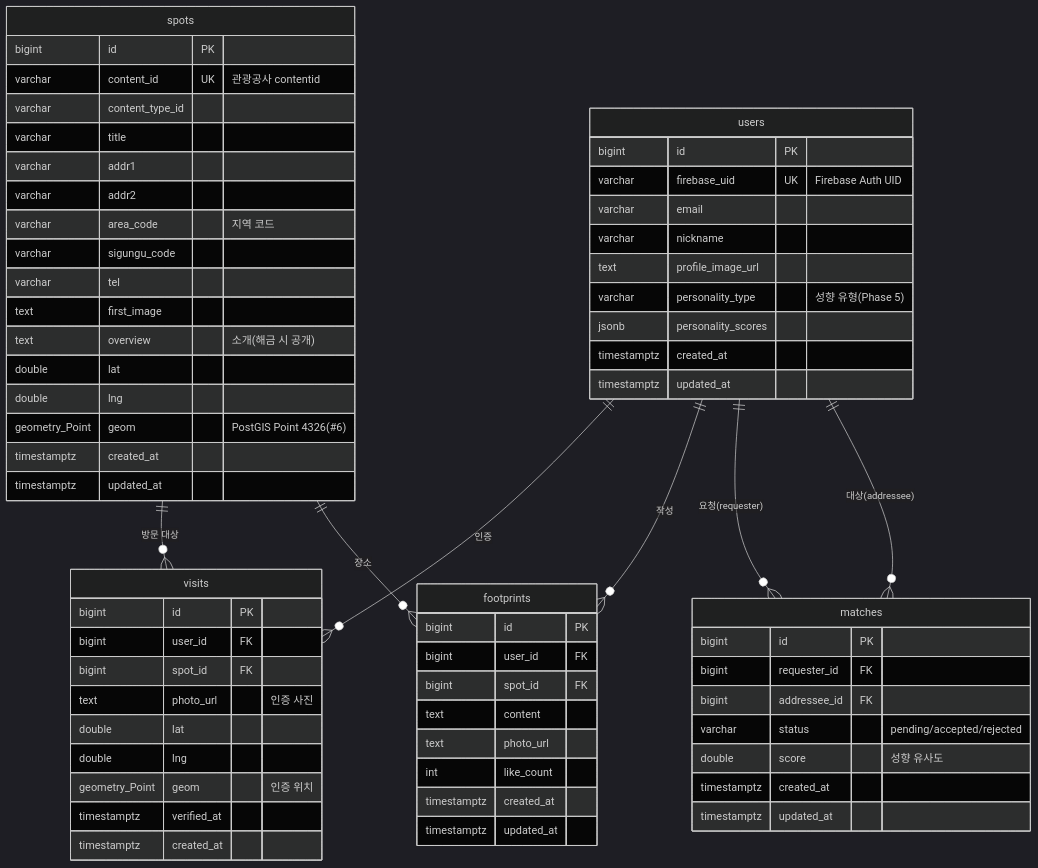
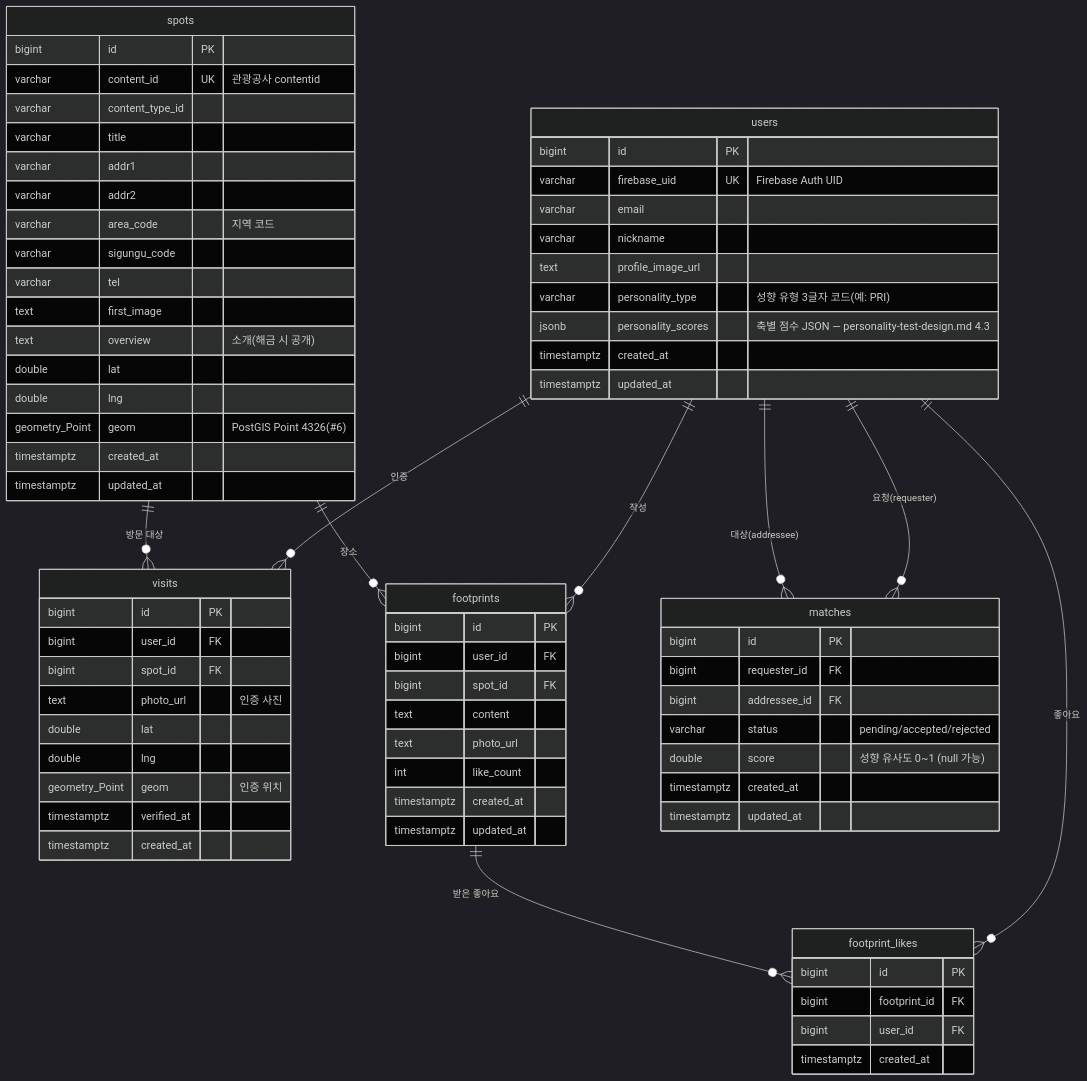
The diagram in docs/ERD.md (FogMap2026/FogApp), drawn with Mermaid (dark theme) before and after one commit. The commit also changed other lines of this file and 7 other files, not shown here.

````diff
--- a/docs/ERD.md
+++ b/docs/ERD.md
@@ -8,73 +14,82 @@
 ```mermaid
 erDiagram
-    users ||--o{ visits     : "인증"
-    users ||--o{ footprints : "작성"
-    users ||--o{ matches    : "요청(requester)"
-    users ||--o{ matches    : "대상(addressee)"
-    spots ||--o{ visits     : "방문 대상"
-    spots ||--o{ footprints : "장소"
+    users      ||--o{ visits          : "인증"
+    users      ||--o{ footprints      : "작성"
+    users      ||--o{ matches         : "요청(requester)"
+    users      ||--o{ matches         : "대상(addressee)"
+    users      ||--o{ footprint_likes : "좋아요"
+    spots      ||--o{ visits          : "방문 대상"
+    spots      ||--o{ footprints      : "장소"
+    footprints ||--o{ footprint_likes : "받은 좋아요"
 
     users {
         bigint      id PK
         varchar     firebase_uid UK "Firebase Auth UID"
         varchar     email
         varchar     nickname
         text        profile_image_url
-        varchar     personality_type  "성향 유형(Phase 5)"
-        jsonb       personality_scores
+        varchar     personality_type  "성향 유형 3글자 코드(예: PRI)"
+        jsonb       personality_scores "축별 점수 JSON — personality-test-design.md 4.3"
         timestamptz created_at
         timestamptz updated_at
     }
 
     spots {
         bigint          id PK
         varchar         content_id UK "관광공사 contentid"
         varchar         content_type_id
         varchar         title
         varchar         addr1
         varchar         addr2
         varchar         area_code "지역 코드"
         varchar         sigungu_code
         varchar         tel
         text            first_image
         text            overview "소개(해금 시 공개)"
         double          lat
         double          lng
         geometry_Point  geom "PostGIS Point 4326(#6)"
         timestamptz     created_at
         timestamptz     updated_at
     }
 
     visits {
         bigint          id PK
         bigint          user_id FK
         bigint          spot_id FK
         text            photo_url "인증 사진"
         double          lat
         double          lng
         geometry_Point  geom "인증 위치"
         timestamptz     verified_at
         timestamptz     created_at
     }
 
     footprints {
         bigint      id PK
         bigint      user_id FK
         bigint      spot_id FK
         text        content
         text        photo_url
         int         like_count
         timestamptz created_at
         timestamptz updated_at
     }
 
     matches {
         bigint      id PK
         bigint      requester_id FK
         bigint      addressee_id FK
         varchar     status "pending/accepted/rejected"
-        double      score "성향 유사도"
+        double      score "성향 유사도 0~1 (null 가능)"
         timestamptz created_at
         timestamptz updated_at
     }
+
+    footprint_likes {
+        bigint      id PK
+        bigint      footprint_id FK
+        bigint      user_id FK
+        timestamptz created_at
+    }
 ```
````
